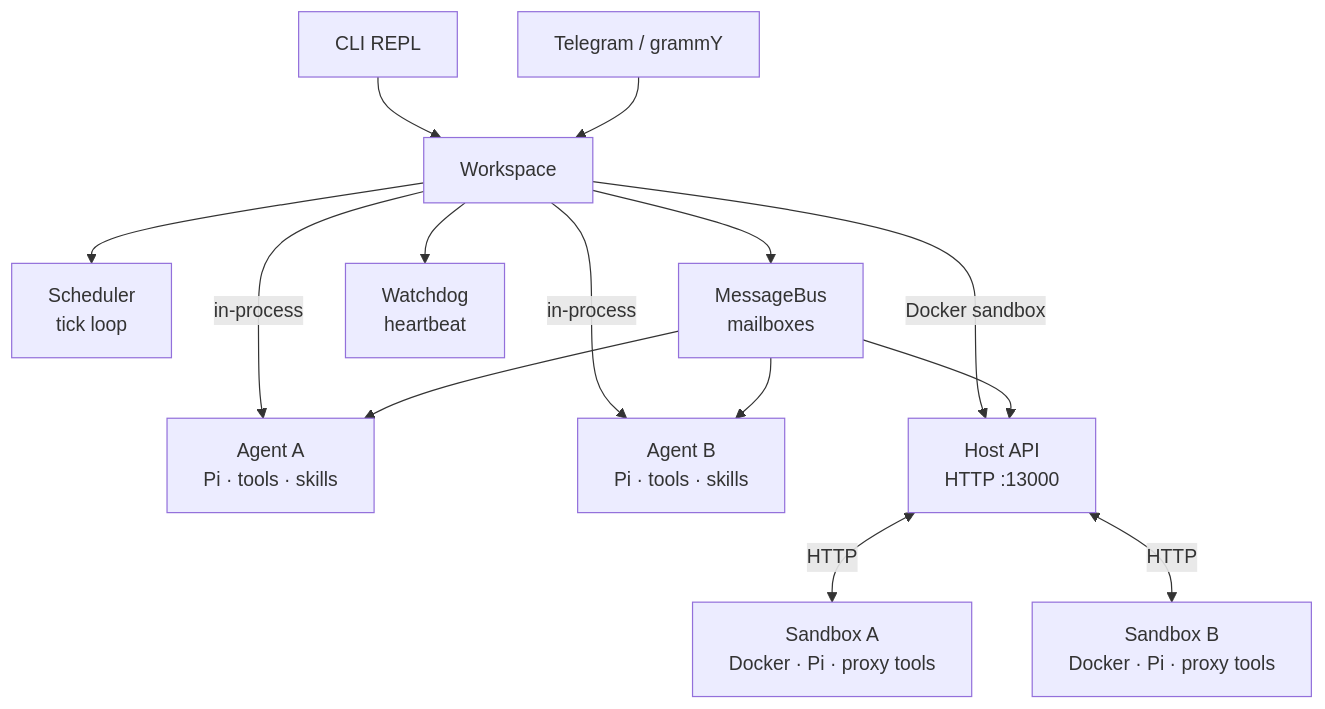
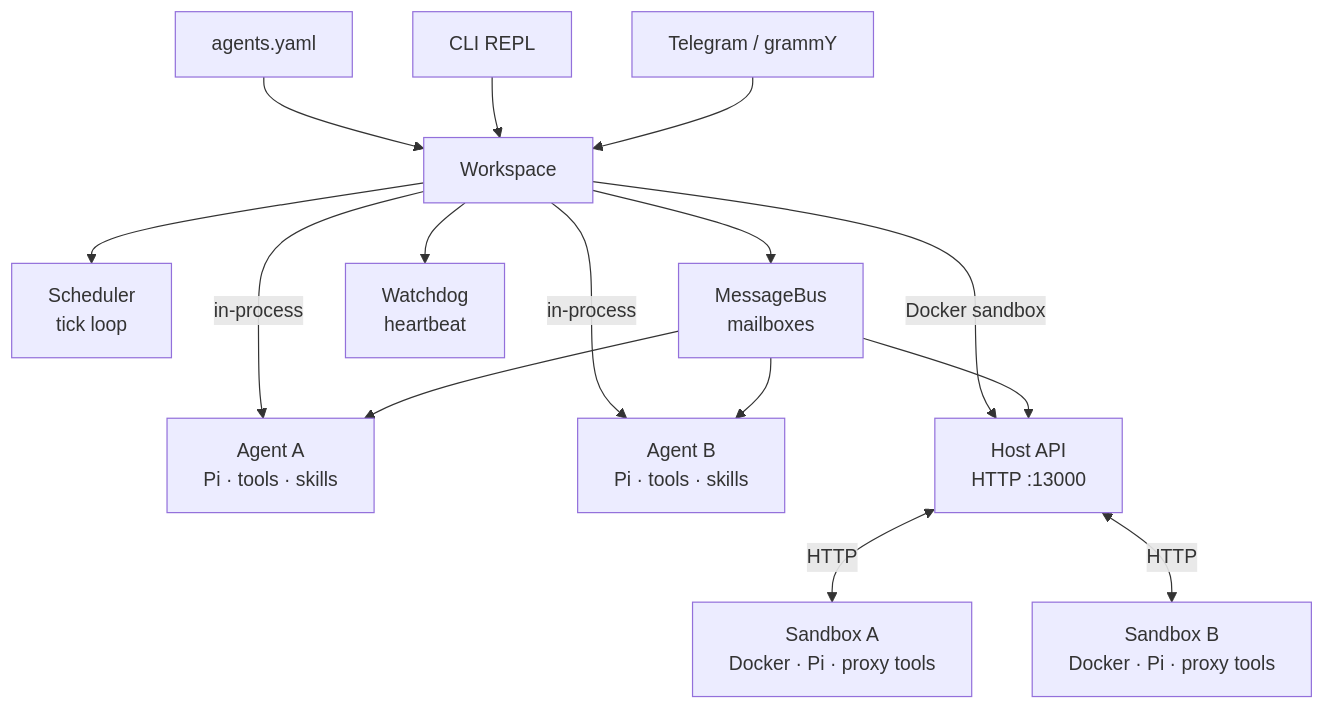
Before and after one commit to nivekoddworld/agent-office: the diagram in README.md, drawn with Mermaid. The commit also changed other lines of this file, not shown here.

Commit message:
docs: update README with declarative agents.yaml configuration

````diff
--- a/README.md
+++ b/README.md
@@ -7,20 +7,21 @@
 ```mermaid
 graph TD
+    YAML[agents.yaml] --> WS
     CLI[CLI REPL] --> WS[Workspace]
     TG[Telegram / grammY] --> WS
 
     WS --> SCH[Scheduler\ntick loop]
     WS --> BUS[MessageBus\nmailboxes]
     WS --> WD[Watchdog\nheartbeat]
 
     WS -->|in-process| A[Agent A\nPi · tools · skills]
     WS -->|in-process| B[Agent B\nPi · tools · skills]
 
     WS -->|Docker sandbox| HA[Host API\nHTTP :13000]
     HA <-->|HTTP| SA[Sandbox A\nDocker · Pi · proxy tools]
     HA <-->|HTTP| SB[Sandbox B\nDocker · Pi · proxy tools]
 
     BUS --> A
     BUS --> B
     BUS --> HA
 ```
````
